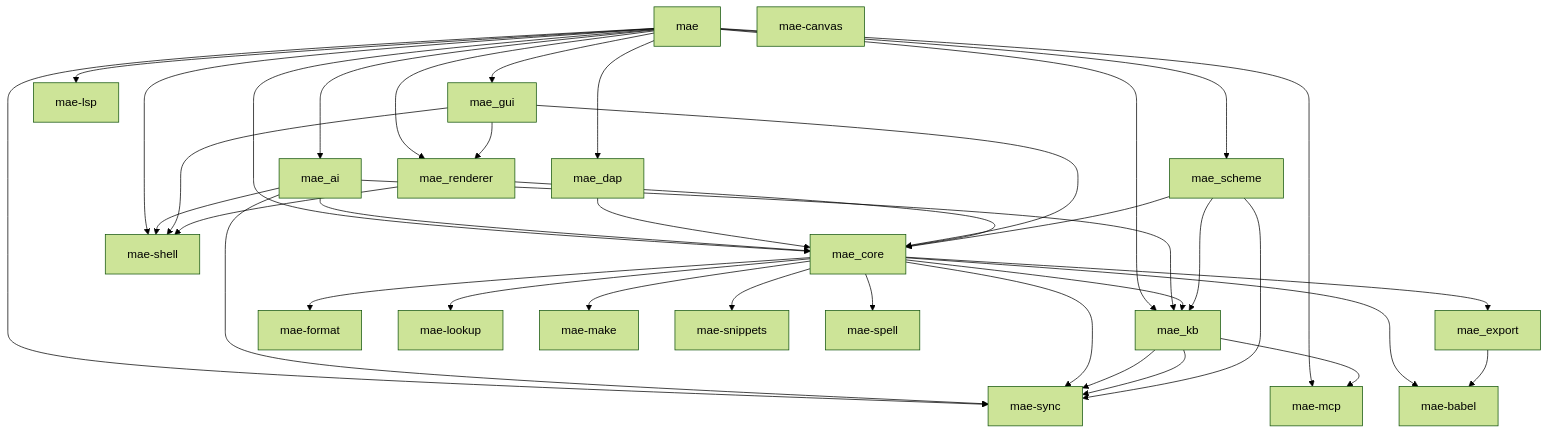
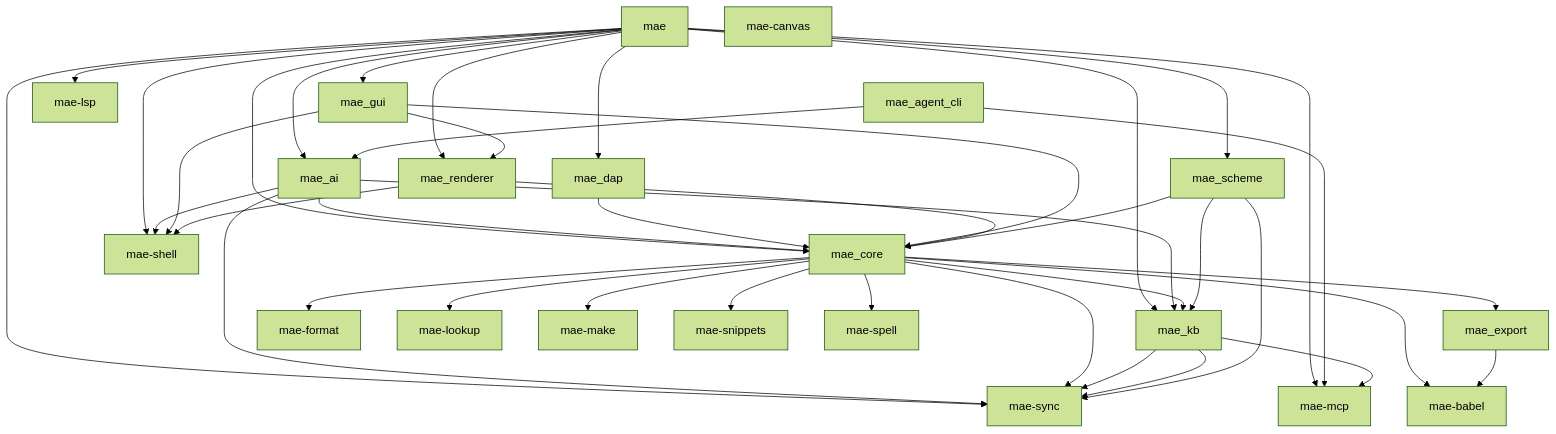
The diagram in docs/CODE_MAP.md (cuttlefisch/mae), drawn with Mermaid (forest theme) before and after one commit. The commit also changed other lines of this file and 3 other files, not shown here.

````diff
--- a/docs/CODE_MAP.md
+++ b/docs/CODE_MAP.md
@@ -7,51 +7,53 @@
 ```mermaid
 graph TD
     mae --> mae_ai
     mae --> mae_core
     mae --> mae_dap
     mae --> mae_gui
     mae --> mae_kb
     mae --> mae_lsp
     mae --> mae_mcp
     mae --> mae_renderer
     mae --> mae_scheme
     mae --> mae_shell
     mae --> mae_sync
+    mae_agent_cli --> mae_ai
+    mae_agent_cli --> mae_mcp
     mae_ai --> mae_core
     mae_ai --> mae_kb
     mae_ai --> mae_shell
     mae_ai --> mae_sync
     mae_babel[mae-babel]
     mae_canvas[mae-canvas]
     mae_core --> mae_babel
     mae_core --> mae_export
     mae_core --> mae_format
     mae_core --> mae_kb
     mae_core --> mae_lookup
     mae_core --> mae_make
     mae_core --> mae_snippets
     mae_core --> mae_spell
     mae_core --> mae_sync
     mae_dap --> mae_core
     mae_export --> mae_babel
     mae_format[mae-format]
     mae_gui --> mae_core
     mae_gui --> mae_renderer
     mae_gui --> mae_shell
     mae_kb --> mae_mcp
     mae_kb --> mae_sync
     mae_kb --> mae_sync
     mae_lookup[mae-lookup]
     mae_lsp[mae-lsp]
     mae_make[mae-make]
     mae_mcp[mae-mcp]
     mae_renderer --> mae_core
     mae_renderer --> mae_shell
     mae_scheme --> mae_core
     mae_scheme --> mae_kb
     mae_scheme --> mae_sync
     mae_shell[mae-shell]
     mae_snippets[mae-snippets]
     mae_spell[mae-spell]
     mae_sync[mae-sync]
 ```
````
